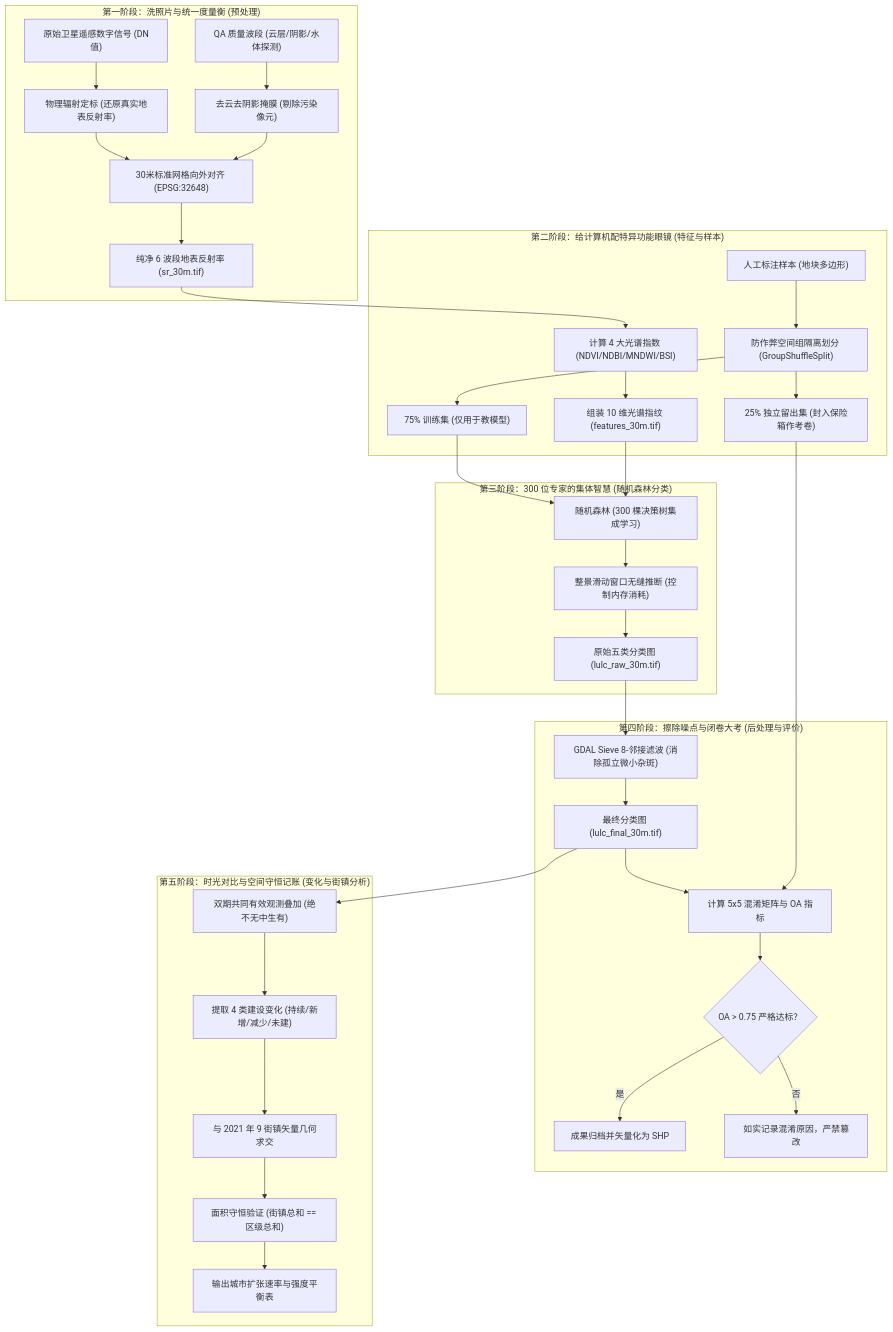
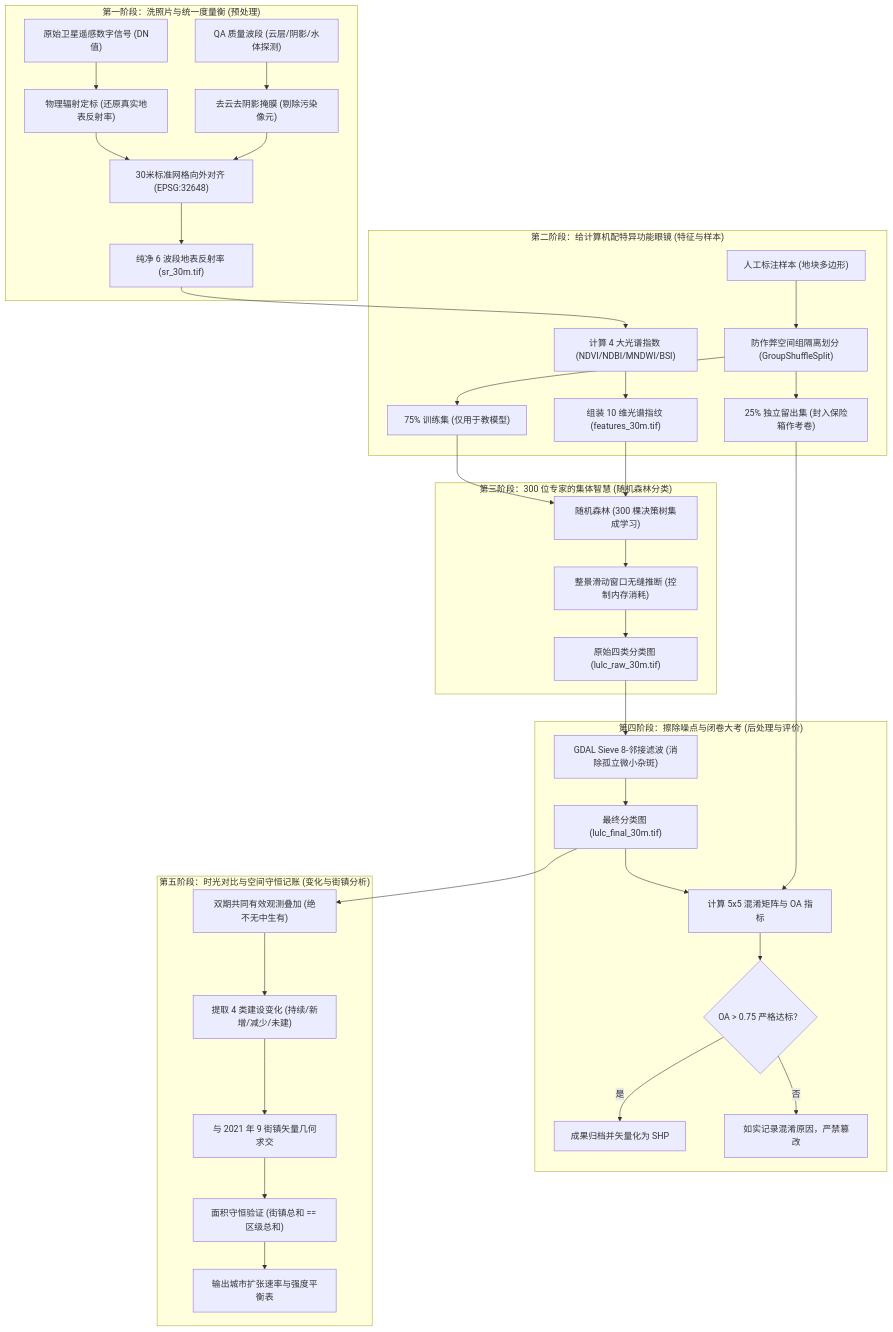
The diagram in docs/07-algorithm-report.md (ChaoDaiShi/GCSJ3), drawn with Mermaid before and after one commit. The commit also changed other lines of this file and 75 other files, not shown here.

````diff
--- a/docs/07-algorithm-report.md
+++ b/docs/07-algorithm-report.md
@@ -17,40 +17,40 @@
 ```mermaid
 flowchart TD
     subgraph S1["第一阶段：洗照片与统一度量衡 (预处理)"]
         Raw["原始卫星遥感数字信号 (DN值)"] --> Calib["物理辐射定标 (还原真实地表反射率)"]
         QA["QA 质量波段 (云层/阴影/水体探测)"] --> Mask["去云去阴影掩膜 (剔除污染像元)"]
         Calib & Mask --> Snap["30米标准网格向外对齐 (EPSG:32648)"]
         Snap --> P1Out["纯净 6 波段地表反射率 (sr_30m.tif)"]
     end
 
     subgraph S2["第二阶段：给计算机配特异功能眼镜 (特征与样本)"]
         P1Out --> Indices["计算 4 大光谱指数 (NDVI/NDBI/MNDWI/BSI)"]
         Indices --> Feat["组装 10 维光谱指纹 (features_30m.tif)"]
         Labels["人工标注样本 (地块多边形)"] --> GroupSplit["防作弊空间组隔离划分 (GroupShuffleSplit)"]
         GroupSplit --> TrainSet["75% 训练集 (仅用于教模型)"]
         GroupSplit --> HoldoutSet["25% 独立留出集 (封入保险箱作考卷)"]
     end
 
     subgraph S3["第三阶段：300 位专家的集体智慧 (随机森林分类)"]
         TrainSet & Feat --> RF["随机森林 (300 棵决策树集成学习)"]
         RF --> Sliding["整景滑动窗口无缝推断 (控制内存消耗)"]
-        Sliding --> RawLULC["原始五类分类图 (lulc_raw_30m.tif)"]
+        Sliding --> RawLULC["原始四类分类图 (lulc_raw_30m.tif)"]
     end
 
     subgraph S4["第四阶段：擦除噪点与闭卷大考 (后处理与评价)"]
         RawLULC --> Sieve["GDAL Sieve 8-邻接滤波 (消除孤立微小杂斑)"]
         Sieve --> FinalLULC["最终分类图 (lulc_final_30m.tif)"]
         FinalLULC & HoldoutSet --> ConfMatrix["计算 5x5 混淆矩阵与 OA 指标"]
         ConfMatrix --> Threshold{"OA > 0.75 严格达标？"}
         Threshold -- 是 --> Accept["成果归档并矢量化为 SHP"]
         Threshold -- 否 --> Reject["如实记录混淆原因，严禁篡改"]
     end
 
     subgraph S5["第五阶段：时光对比与空间守恒记账 (变化与街镇分析)"]
         FinalLULC --> IntersectMask["双期共同有效观测叠加 (绝不无中生有)"]
         IntersectMask --> ChangeGrid["提取 4 类建设变化 (持续/新增/减少/未建)"]
         ChangeGrid --> TownOverlay["与 2021 年 9 街镇矢量几何求交"]
         TownOverlay --> BalanceCheck["面积守恒验证 (街镇总和 == 区级总和)"]
         BalanceCheck --> FinalReport["输出城市扩张速率与强度平衡表"]
     end
 ```
````
